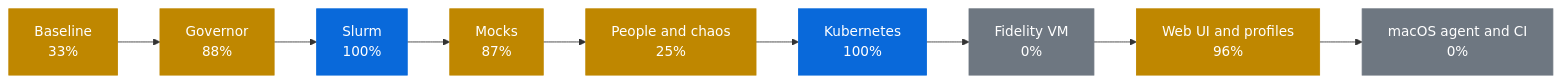
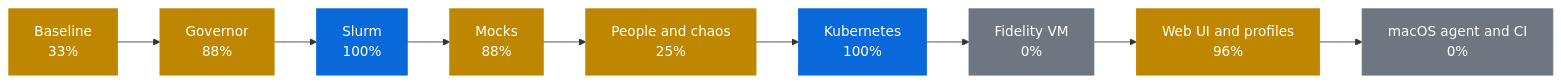
One commit to AhmedYousriSobhi/workbench changed the first of 2 diagrams in docs/PROGRESS.md. Above: the diagram before and after it, drawn with Mermaid. The commit also changed other lines of this file and 21 other files, not shown here.

````diff
--- a/docs/PROGRESS.md
+++ b/docs/PROGRESS.md
@@ -12,17 +12,17 @@
 ```mermaid
 flowchart LR
     p0["Baseline<br/>33%"]:::partial
     p1["Governor<br/>88%"]:::partial
     p2["Slurm<br/>100%"]:::review
-    p3["Mocks<br/>87%"]:::partial
+    p3["Mocks<br/>88%"]:::partial
     p4["People and chaos<br/>25%"]:::partial
     p5["Kubernetes<br/>100%"]:::review
     p6["Fidelity VM<br/>0%"]:::todo
     p7["Web UI and profiles<br/>96%"]:::partial
     p8["macOS agent and CI<br/>0%"]:::todo
     p0 --> p1 --> p2 --> p3 --> p4 --> p5 --> p6 --> p7 --> p8
     classDef done fill:#1a7f37,stroke:#1a7f37,color:#fff
     classDef review fill:#0969da,stroke:#0969da,color:#fff
     classDef partial fill:#bf8700,stroke:#bf8700,color:#fff
     classDef todo fill:#6e7781,stroke:#6e7781,color:#fff
 ```
````
